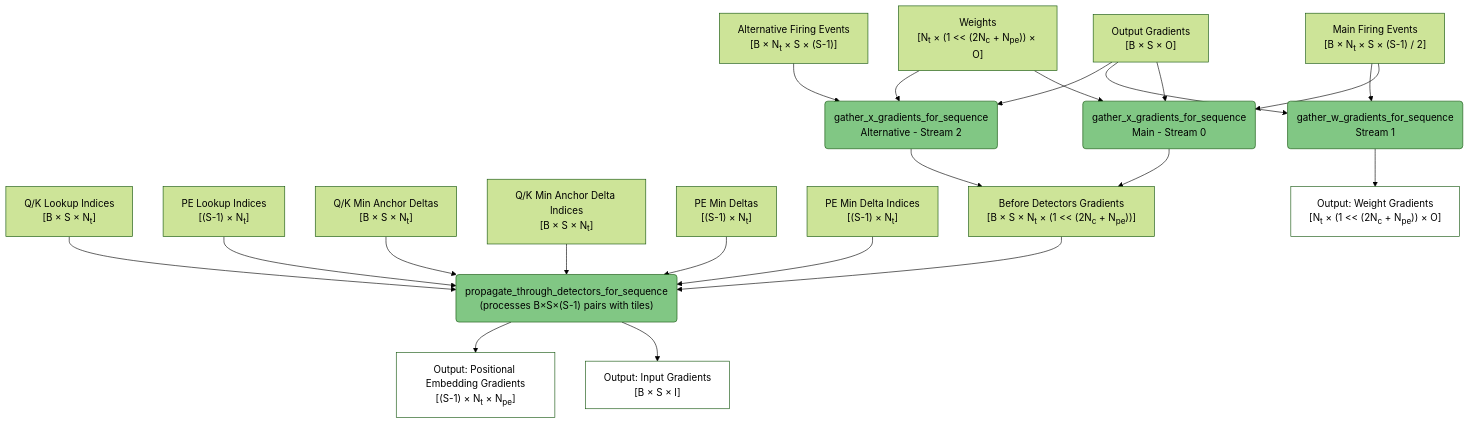
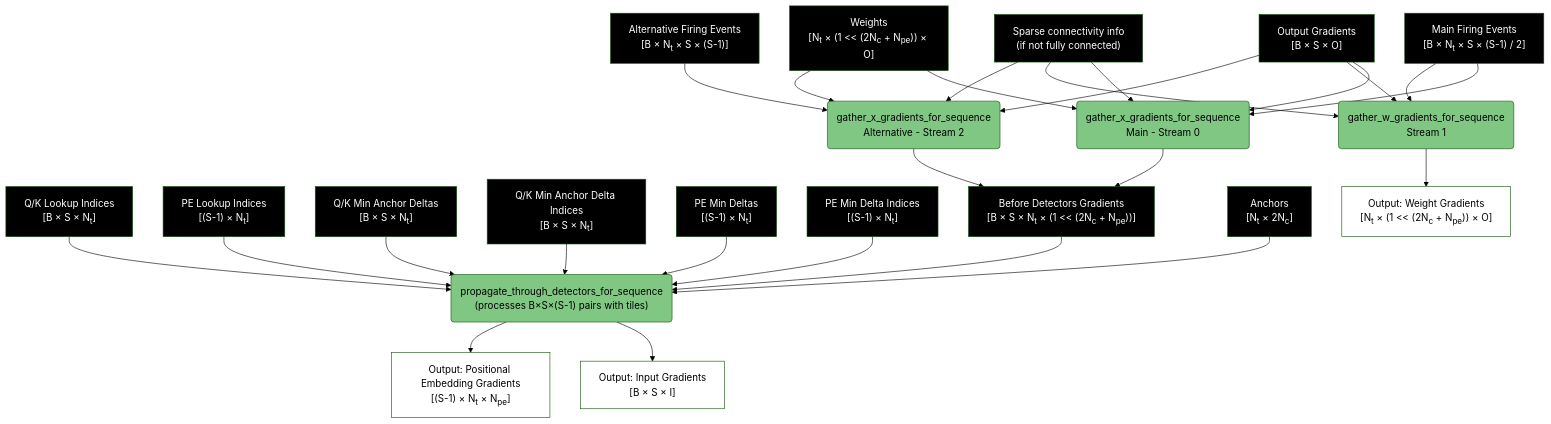
Before and after one commit to anatoli-starostin/spiky: the sixth of 6 diagrams in spiky_cuda/lut/doc/LUT_RUNTIME_DATA_FLOW.md, drawn with Mermaid (forest theme). The commit also changed other lines of this file, not shown here.

````diff
--- a/spiky_cuda/lut/doc/LUT_RUNTIME_DATA_FLOW.md
+++ b/spiky_cuda/lut/doc/LUT_RUNTIME_DATA_FLOW.md
@@ -181,38 +219,57 @@
 ```mermaid
 flowchart TD
     A["Output Gradients<br/>[B × S × O]"] --> B("gather_x_gradients_for_sequence<br/>Main - Stream 0")
     A --> C("gather_w_gradients_for_sequence<br/>Stream 1")
     A --> D("gather_x_gradients_for_sequence<br/>Alternative - Stream 2")
     
     E["Main Firing Events<br/>[B × N<sub>t</sub> × S × (S-1) / 2]"] --> B
     E --> C
     F["Alternative Firing Events<br/>[B × N<sub>t</sub> × S × (S-1)]"] --> D
     
     L3["Q/K Lookup Indices<br/>[B × S × N<sub>t</sub>]"] --> I
     L4["PE Lookup Indices<br/>[(S-1) × N<sub>t</sub>]"] --> I
     M5["Q/K Min Anchor Deltas<br/>[B × S × N<sub>t</sub>]"] --> I
     M6["Q/K Min Anchor Delta Indices<br/>[B × S × N<sub>t</sub>]"] --> I
     M7["PE Min Deltas<br/>[(S-1) × N<sub>t</sub>]"] --> I
     M8["PE Min Delta Indices<br/>[(S-1) × N<sub>t</sub>]"] --> I
     
     W6["Weights<br/>[N<sub>t</sub> × (1 << (2N<sub>c</sub> + N<sub>pe</sub>)) × O]"] --> B
     W6 --> D
+    SC4["Sparse connectivity info<br/>(if not fully connected)"] --> B
+    SC4 --> C
+    SC4 --> D
     
     B --> G["Before Detectors Gradients<br/>[B&nbsp;×&nbsp;S&nbsp;×&nbsp;N<sub>t</sub>&nbsp;×&nbsp;(1&nbsp;<<&nbsp;(2N<sub>c</sub>&nbsp;+&nbsp;N<sub>pe</sub>))]"]
     D --> G
     
-    G --> I("propagate_through_detectors_for_sequence<br/>(processes B×S×(S-1) pairs with tiles)")
+    D6["Anchors<br/>[N<sub>t</sub> × 2N<sub>c</sub>]"] --> I("propagate_through_detectors_for_sequence<br/>(processes B×S×(S-1) pairs with tiles)")
+    G --> I
     
     I --> J["Output: Input Gradients<br/>[B × S × I]"]
     I --> K["Output: Positional Embedding Gradients<br/>[(S-1) × N<sub>t</sub> × N<sub>pe</sub>]"]
     
     C --> H["Output: Weight Gradients<br/>[N<sub>t</sub>&nbsp;×&nbsp;(1&nbsp;<<&nbsp;(2N<sub>c</sub>&nbsp;+&nbsp;N<sub>pe</sub>))&nbsp;×&nbsp;O]"]
     
     style B fill:#81c784,color:#000000
     style C fill:#81c784,color:#000000
     style D fill:#81c784,color:#000000
     style I fill:#81c784,color:#000000
     style H fill:#ffffff,color:#000000
     style J fill:#ffffff,color:#000000
     style K fill:#ffffff,color:#000000
+    style A fill:#000000,color:#ffffff
+    style W6 fill:#000000,color:#ffffff
+    style E fill:#000000,color:#ffffff
+    style F fill:#000000,color:#ffffff
+    style L3 fill:#000000,color:#ffffff
+    style L4 fill:#000000,color:#ffffff
+    style M5 fill:#000000,color:#ffffff
+    style M6 fill:#000000,color:#ffffff
+    style M7 fill:#000000,color:#ffffff
+    style M8 fill:#000000,color:#ffffff
+    style D6 fill:#000000,color:#ffffff
+    style SC4 fill:#000000,color:#ffffff
+    style G fill:#000000,color:#ffffff
+    style E fill:#000000,color:#ffffff
+    style F fill:#000000,color:#ffffff
 ```
````
